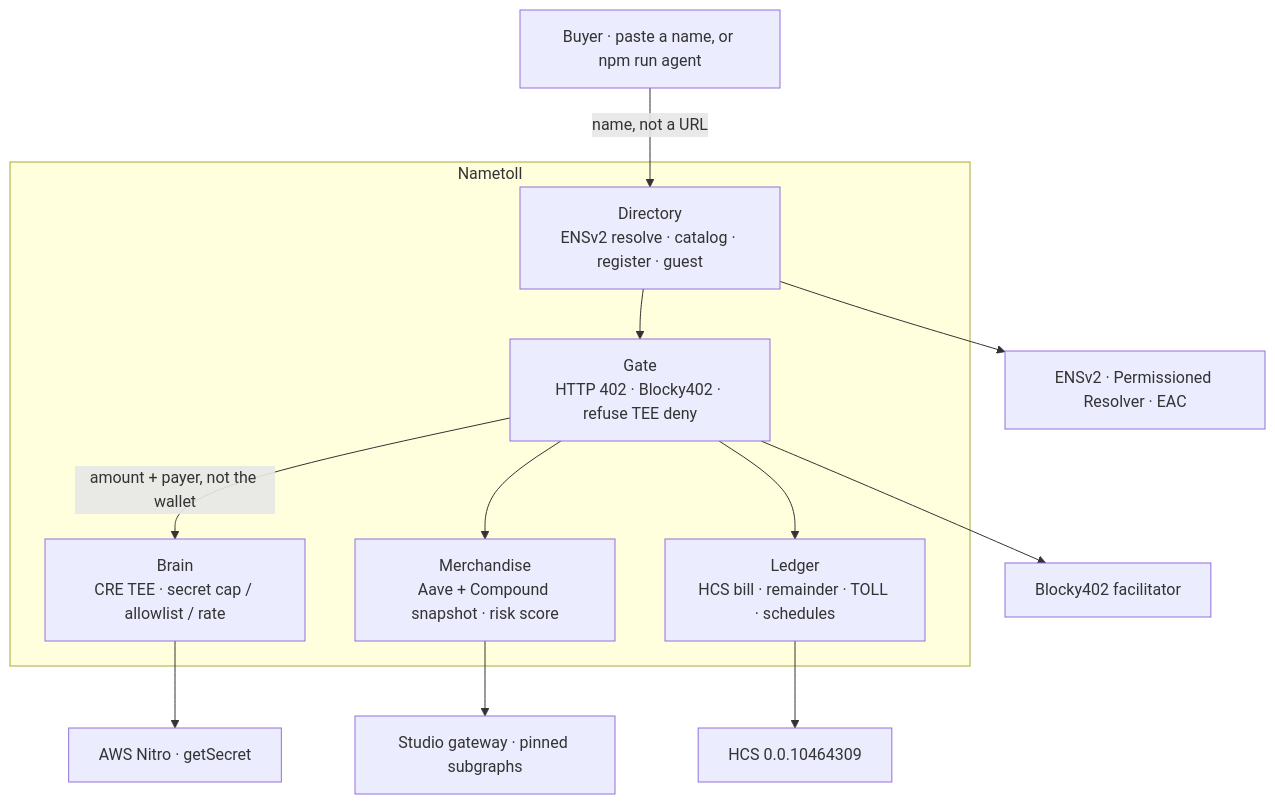
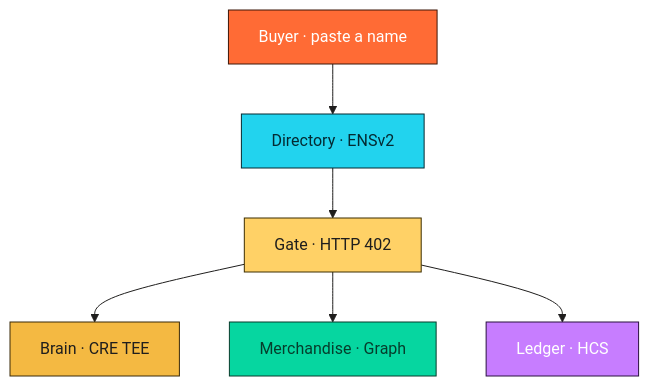
Before and after one commit to shreyas-sovani/Nametoll: the third of 3 diagrams in README.md, drawn with Mermaid. The commit also changed other lines of this file and 2 other files, not shown here.

First line of the commit message:
Make the README a colorful product page, not a doc index.

````diff
--- a/README.md
+++ b/README.md
@@ -135,27 +120,26 @@
 ```mermaid
+%%{init: {"theme":"base","themeVariables":{"fontFamily":"ui-sans-serif","lineColor":"#1f1e1d"}}}%%
 flowchart TB
-  Buyer["Buyer · paste a name, or npm run agent"]
-  subgraph desk["Nametoll"]
-    Directory["Directory<br/>ENSv2 resolve · catalog · register · guest"]
-    Gate["Gate<br/>HTTP 402 · Blocky402 · refuse TEE deny"]
-    Brain["Brain<br/>CRE TEE · secret cap / allowlist / rate"]
-    Merch["Merchandise<br/>Aave + Compound snapshot · risk score"]
-    Ledger["Ledger<br/>HCS bill · remainder · TOLL · schedules"]
-  end
-  ENS["ENSv2 · Permissioned Resolver · EAC"]
-  CRE["AWS Nitro · getSecret"]
-  Blocky["Blocky402 facilitator"]
-  Studio["Studio gateway · pinned subgraphs"]
-  Topic["HCS 0.0.10464309"]
-
-  Buyer -->|"name, not a URL"| Directory
-  Directory --> ENS
-  Directory --> Gate
-  Gate -->|"amount + payer, not the wallet"| Brain
-  Brain --> CRE
-  Gate --> Blocky
+  Buyer["Buyer · paste a name"]
+  Dir["Directory · ENSv2"]
+  Gate["Gate · HTTP 402"]
+  Brain["Brain · CRE TEE"]
+  Merch["Merchandise · Graph"]
+  Led["Ledger · HCS"]
+  Buyer --> Dir --> Gate
+  Gate --> Brain
   Gate --> Merch
-  Merch --> Studio
-  Gate --> Ledger
-  Ledger --> Topic
+  Gate --> Led
+  classDef b fill:#FF6B35,stroke:#3D1608,color:#fff
+  classDef d fill:#22D3EE,stroke:#042A32,color:#042A32
+  classDef g fill:#FFD166,stroke:#3D2E00,color:#1f1e1d
+  classDef t fill:#F4B942,stroke:#3A2A08,color:#1f1e1d
+  classDef m fill:#06D6A0,stroke:#063D2C,color:#063D2C
+  classDef l fill:#C77DFF,stroke:#2A1040,color:#fff
+  class Buyer b
+  class Dir d
+  class Gate g
+  class Brain t
+  class Merch m
+  class Led l
 ```
````
